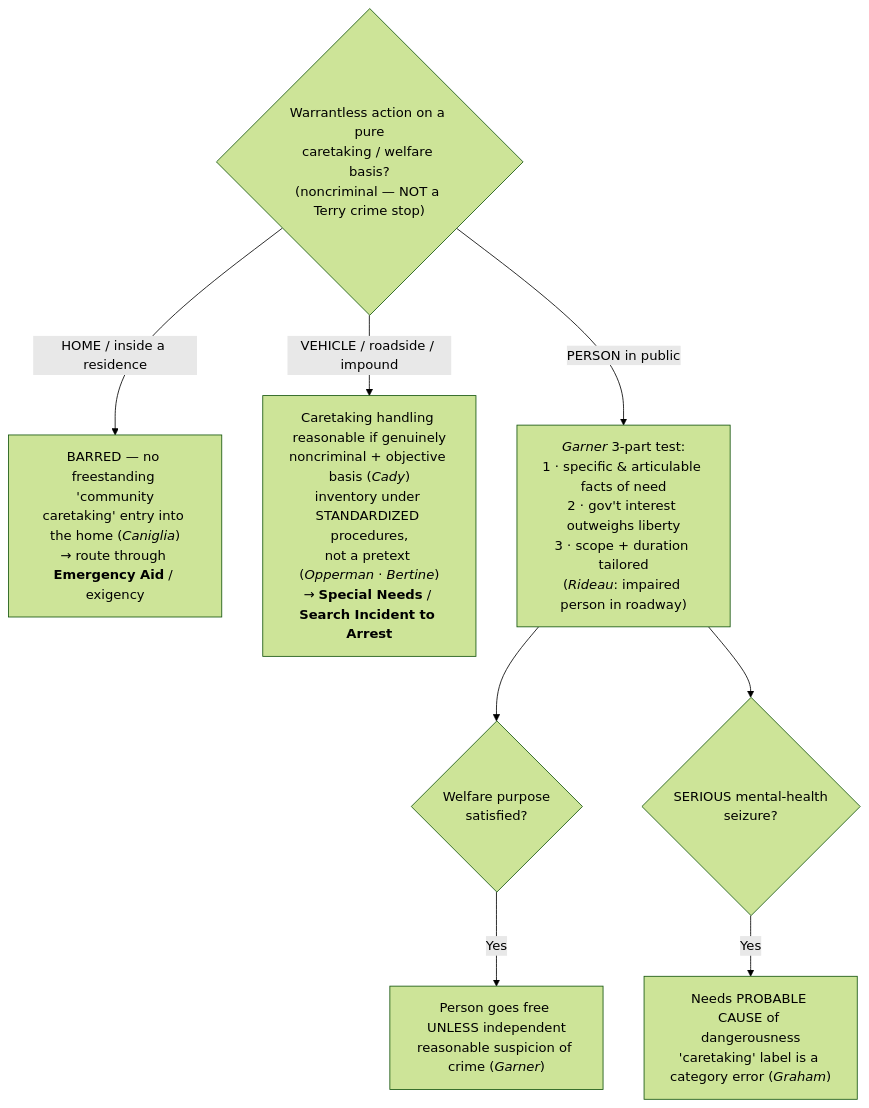
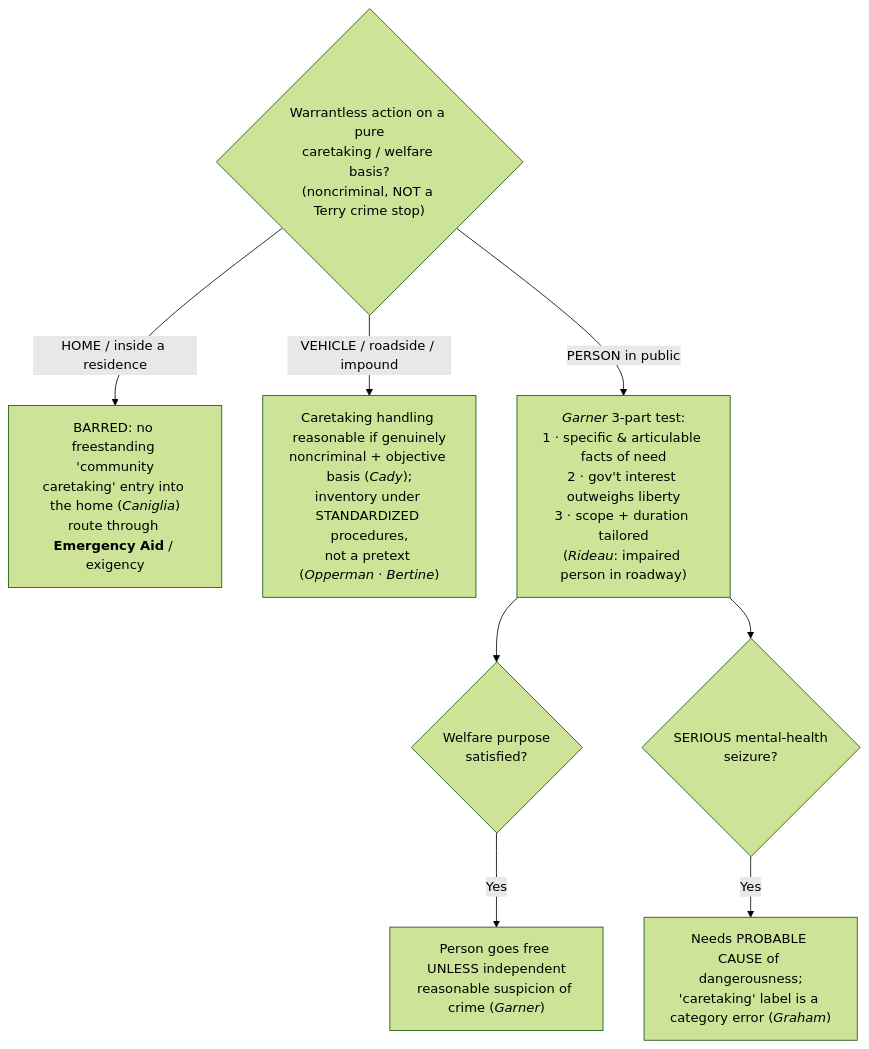
The diagram in content/warrant-exceptions/home-entry-and-search/Community Caretaking.md (Enragedsaturday/enragedsaturday.github.io), drawn with Mermaid (forest theme) before and after one commit. The commit also changed other lines of this file and 20 other files, not shown here.

````diff
--- a/content/warrant-exceptions/home-entry-and-search/Community Caretaking.md
+++ b/content/warrant-exceptions/home-entry-and-search/Community Caretaking.md
@@ -83,11 +110,11 @@
 ```mermaid
 flowchart TD
-  Q{"Warrantless action on a pure<br/>caretaking / welfare basis?<br/>(noncriminal — NOT a Terry crime stop)"}
-  Q -->|"HOME / inside a residence"| H["BARRED — no freestanding 'community<br/>caretaking' entry into the home (<i>Caniglia</i>)<br/>→ route through <b>Emergency Aid</b> / exigency"]
-  Q -->|"VEHICLE / roadside / impound"| V["Caretaking handling reasonable if genuinely<br/>noncriminal + objective basis (<i>Cady</i>)<br/>inventory under STANDARDIZED procedures,<br/>not a pretext (<i>Opperman</i> · <i>Bertine</i>)<br/>→ <b>Special Needs</b> / <b>Search Incident to Arrest</b>"]
-  Q -->|"PERSON in public"| P["<i>Garner</i> 3-part test:<br/>1 · specific & articulable facts of need<br/>2 · gov't interest outweighs liberty<br/>3 · scope + duration tailored<br/>(<i>Rideau</i>: impaired person in roadway)"]
+  Q{"Warrantless action on a pure<br/>caretaking / welfare basis?<br/>(noncriminal, NOT a Terry crime stop)"}
+  Q -->|"HOME / inside a residence"| H["BARRED: no freestanding 'community<br/>caretaking' entry into the home (<i>Caniglia</i>)<br/>route through <b>Emergency Aid</b> / exigency"]
+  Q -->|"VEHICLE / roadside / impound"| V["Caretaking handling reasonable if genuinely<br/>noncriminal + objective basis (<i>Cady</i>);<br/>inventory under STANDARDIZED procedures,<br/>not a pretext (<i>Opperman</i> · <i>Bertine</i>)"]
+  Q -->|"PERSON in public"| P["<i>Garner</i> 3-part test:<br/>1 · specific &amp; articulable facts of need<br/>2 · gov't interest outweighs liberty<br/>3 · scope + duration tailored<br/>(<i>Rideau</i>: impaired person in roadway)"]
   P --> P2{"Welfare purpose<br/>satisfied?"}
   P2 -->|Yes| P3["Person goes free UNLESS independent<br/>reasonable suspicion of crime (<i>Garner</i>)"]
   P --> M{"SERIOUS mental-health<br/>seizure?"}
-  M -->|Yes| M2["Needs PROBABLE CAUSE of dangerousness<br/>'caretaking' label is a category error (<i>Graham</i>)"]
+  M -->|Yes| M2["Needs PROBABLE CAUSE of dangerousness;<br/>'caretaking' label is a category error (<i>Graham</i>)"]
 ```
````
